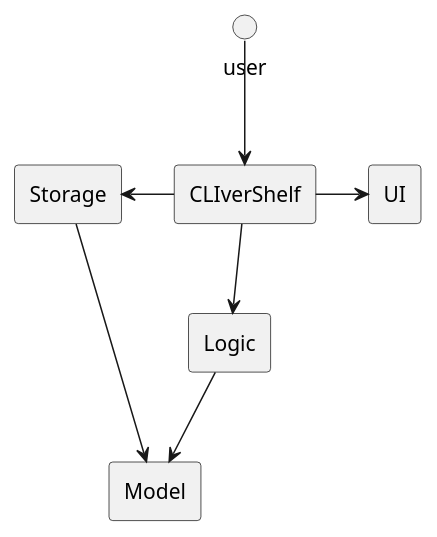
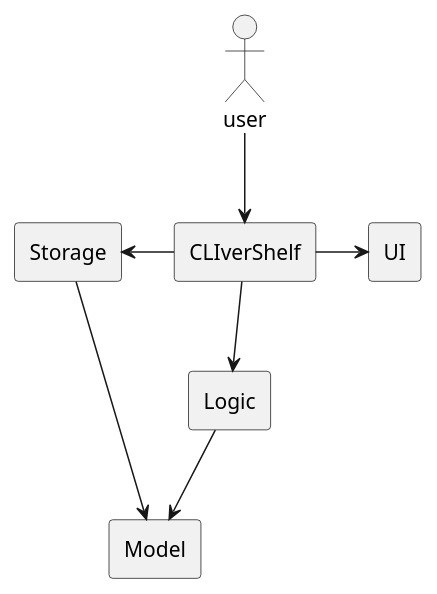
One commit to zh1huang/tp changed the diagram in docs/puml/Architecture.puml. Above: the diagram before and after it, drawn with PlantUML. The commit also changed 1 other file, not shown here.

Commit message:
Change user to "actor"

```diff
--- a/docs/puml/Architecture.puml
+++ b/docs/puml/Architecture.puml
@@ -1,9 +1,10 @@
 @startuml
 skinparam componentStyle rectangle
+actor user
 user -down-> [CLIverShelf]
 [CLIverShelf] -down-> [Logic]
 [Logic] -down-> [Model]
 [Storage] --> [Model]
 [CLIverShelf] -right-> [UI]
 [CLIverShelf] -left-> [Storage]
 @enduml
```
